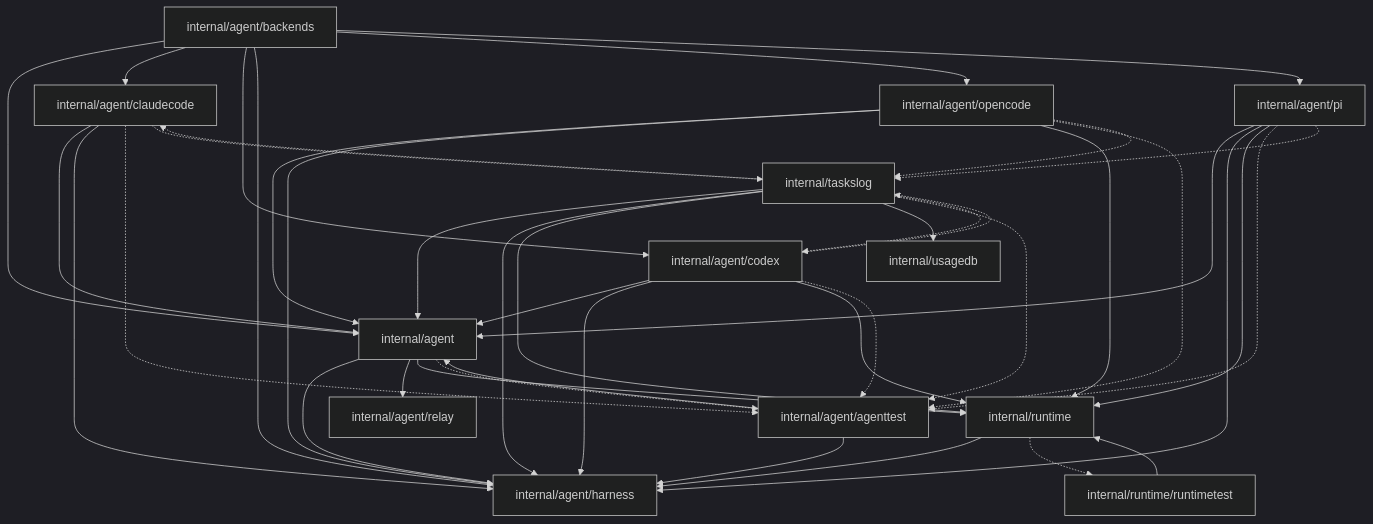
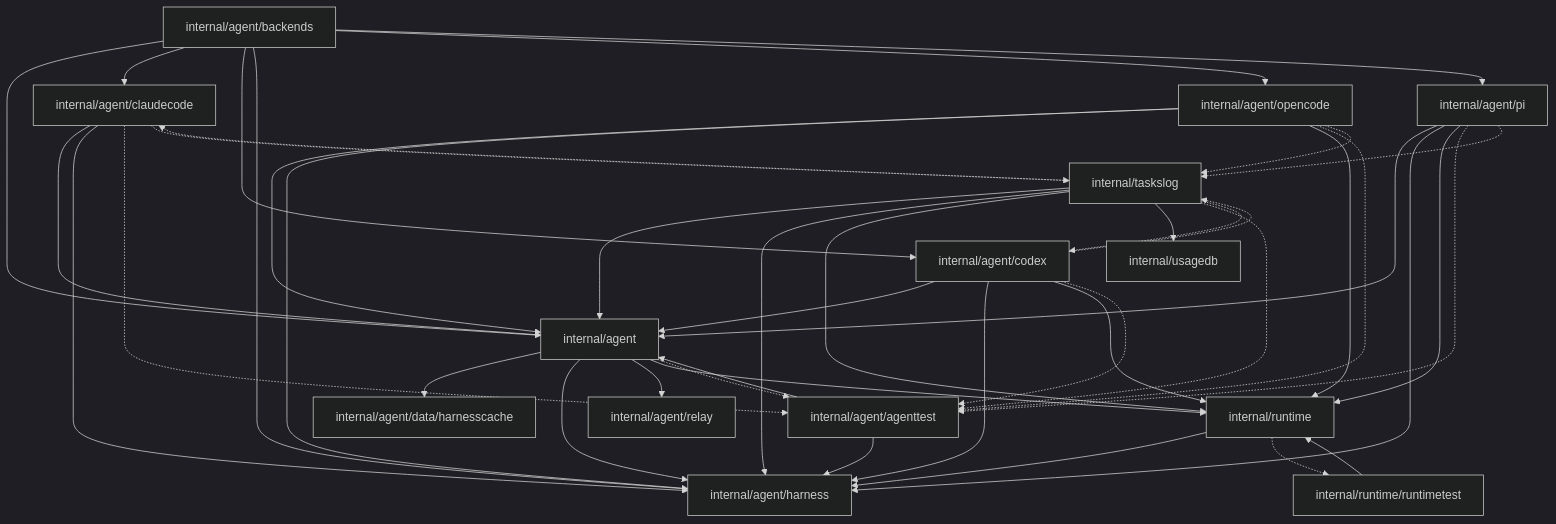
The second of 3 diagrams in backend/docs/ARCHITECTURE.md (caic-xyz/caic), drawn with Mermaid (dark theme) before and after one commit. The commit also changed other lines of this file and 13 other files, not shown here.

First line of the commit message:
Separate cache disk schemas and recover malformed cache files

````diff
--- a/backend/docs/ARCHITECTURE.md
+++ b/backend/docs/ARCHITECTURE.md
@@ -236,58 +242,60 @@
 ```mermaid
 graph TD
   pkg_internal_agent["internal/agent"]
   pkg_internal_agent_agenttest["internal/agent/agenttest"]
   pkg_internal_agent_backends["internal/agent/backends"]
   pkg_internal_agent_claudecode["internal/agent/claudecode"]
   pkg_internal_agent_codex["internal/agent/codex"]
+  pkg_internal_agent_data_harnesscache["internal/agent/data/harnesscache"]
   pkg_internal_agent_harness["internal/agent/harness"]
   pkg_internal_agent_opencode["internal/agent/opencode"]
   pkg_internal_agent_pi["internal/agent/pi"]
   pkg_internal_agent_relay["internal/agent/relay"]
   pkg_internal_runtime["internal/runtime"]
   pkg_internal_runtime_runtimetest["internal/runtime/runtimetest"]
   pkg_internal_taskslog["internal/taskslog"]
   pkg_internal_usagedb["internal/usagedb"]
 
+  pkg_internal_agent --> pkg_internal_agent_data_harnesscache
   pkg_internal_agent --> pkg_internal_agent_harness
   pkg_internal_agent --> pkg_internal_agent_relay
   pkg_internal_agent --> pkg_internal_runtime
   pkg_internal_agent -.-> pkg_internal_agent_agenttest
   pkg_internal_agent_agenttest --> pkg_internal_agent
   pkg_internal_agent_agenttest --> pkg_internal_agent_harness
   pkg_internal_agent_backends --> pkg_internal_agent
   pkg_internal_agent_backends --> pkg_internal_agent_claudecode
   pkg_internal_agent_backends --> pkg_internal_agent_codex
   pkg_internal_agent_backends --> pkg_internal_agent_harness
   pkg_internal_agent_backends --> pkg_internal_agent_opencode
   pkg_internal_agent_backends --> pkg_internal_agent_pi
   pkg_internal_agent_claudecode --> pkg_internal_agent
   pkg_internal_agent_claudecode --> pkg_internal_agent_harness
   pkg_internal_agent_claudecode -.-> pkg_internal_agent_agenttest
   pkg_internal_agent_claudecode -.-> pkg_internal_taskslog
   pkg_internal_agent_codex --> pkg_internal_agent
   pkg_internal_agent_codex --> pkg_internal_agent_harness
   pkg_internal_agent_codex --> pkg_internal_runtime
   pkg_internal_agent_codex -.-> pkg_internal_agent_agenttest
   pkg_internal_agent_codex -.-> pkg_internal_taskslog
   pkg_internal_agent_opencode --> pkg_internal_agent
   pkg_internal_agent_opencode --> pkg_internal_agent_harness
   pkg_internal_agent_opencode --> pkg_internal_runtime
   pkg_internal_agent_opencode -.-> pkg_internal_agent_agenttest
   pkg_internal_agent_opencode -.-> pkg_internal_taskslog
   pkg_internal_agent_pi --> pkg_internal_agent
   pkg_internal_agent_pi --> pkg_internal_agent_harness
   pkg_internal_agent_pi --> pkg_internal_runtime
   pkg_internal_agent_pi -.-> pkg_internal_agent_agenttest
   pkg_internal_agent_pi -.-> pkg_internal_taskslog
   pkg_internal_runtime --> pkg_internal_agent_harness
   pkg_internal_runtime -.-> pkg_internal_runtime_runtimetest
   pkg_internal_runtime_runtimetest --> pkg_internal_runtime
   pkg_internal_taskslog --> pkg_internal_agent
   pkg_internal_taskslog --> pkg_internal_agent_harness
   pkg_internal_taskslog --> pkg_internal_runtime
   pkg_internal_taskslog --> pkg_internal_usagedb
   pkg_internal_taskslog -.-> pkg_internal_agent_agenttest
   pkg_internal_taskslog -.-> pkg_internal_agent_claudecode
   pkg_internal_taskslog -.-> pkg_internal_agent_codex
 ```
````
